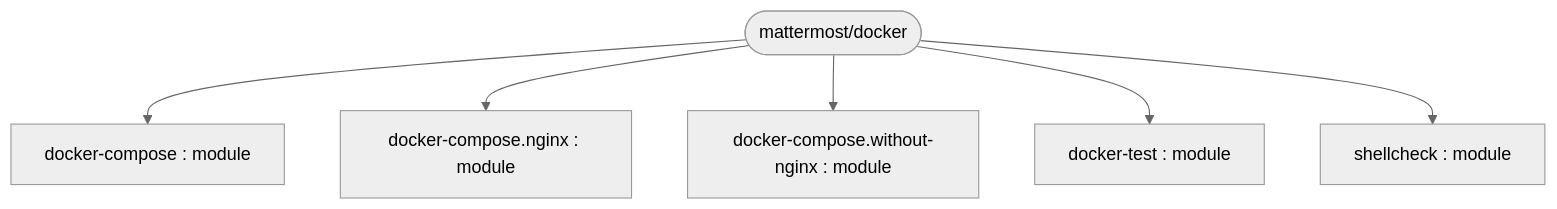
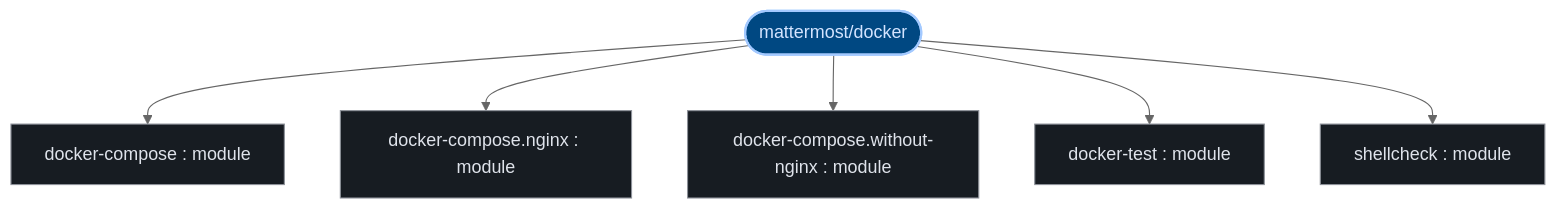
The first of 3 diagrams in exports/latest/reports/mattermost-docker-report.md (kumarshaz/atruss-code-atlas), drawn with Mermaid (neutral theme) before and after one commit. The commit also changed other lines of this file and 331 other files, not shown here.

Commit message:
docs,ui,fix: update SDLC docs, reorder CI/CD DAG first, stylize Mermaid, and fix Arc42 pipeline topology

````diff
--- a/exports/latest/reports/mattermost-docker-report.md
+++ b/exports/latest/reports/mattermost-docker-report.md
@@ -41,14 +41,21 @@
 ```mermaid
 graph TD;
-    docker_compose_nginx["docker-compose.nginx : module"]
-    docker_compose_without_nginx["docker-compose.without-nginx : module"]
-    docker_compose["docker-compose : module"]
-    docker_test["docker-test : module"]
-    shellcheck["shellcheck : module"]
-    repo_root(["mattermost/docker"])
+  classDef atlasRoot fill:#004882,stroke:#a3c9ff,stroke-width:2px,color:#d3e4ff
+  classDef atlasCategory fill:#212428,stroke:#E87A48,stroke-width:1.5px,color:#dfe3eb
+  classDef atlasWorkflow fill:#1b2026,stroke:#a3c9ff,stroke-width:1.5px,color:#dfe3eb
+  classDef atlasJob fill:#171c22,stroke:#8d9199,stroke-width:1px,color:#dfe3eb
+  classDef atlasTarget fill:#005227,stroke:#8bd99b,stroke-width:1.5px,color:#a7f6b6
+  classDef atlasAlert fill:#93000a,stroke:#ffb4ab,stroke-width:1.5px,color:#ffdad6
+  classDef atlasMore fill:#252a31,stroke:#8d9199,stroke-dasharray:4 4,color:#c3c6cf
+    docker_compose_nginx["docker-compose.nginx : module"]:::atlasJob
+    docker_compose_without_nginx["docker-compose.without-nginx : module"]:::atlasJob
+    docker_compose["docker-compose : module"]:::atlasJob
+    docker_test["docker-test : module"]:::atlasJob
+    shellcheck["shellcheck : module"]:::atlasJob
+    repo_root(["mattermost/docker"]):::atlasRoot
     repo_root --> docker_compose
     repo_root --> docker_compose_nginx
     repo_root --> docker_compose_without_nginx
     repo_root --> docker_test
     repo_root --> shellcheck
 ```
````
